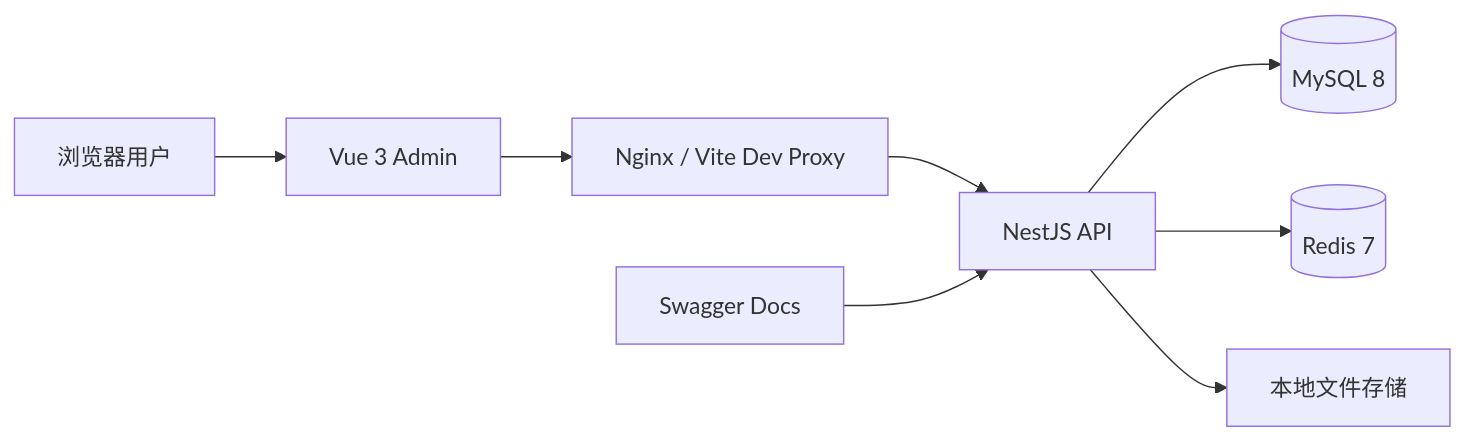
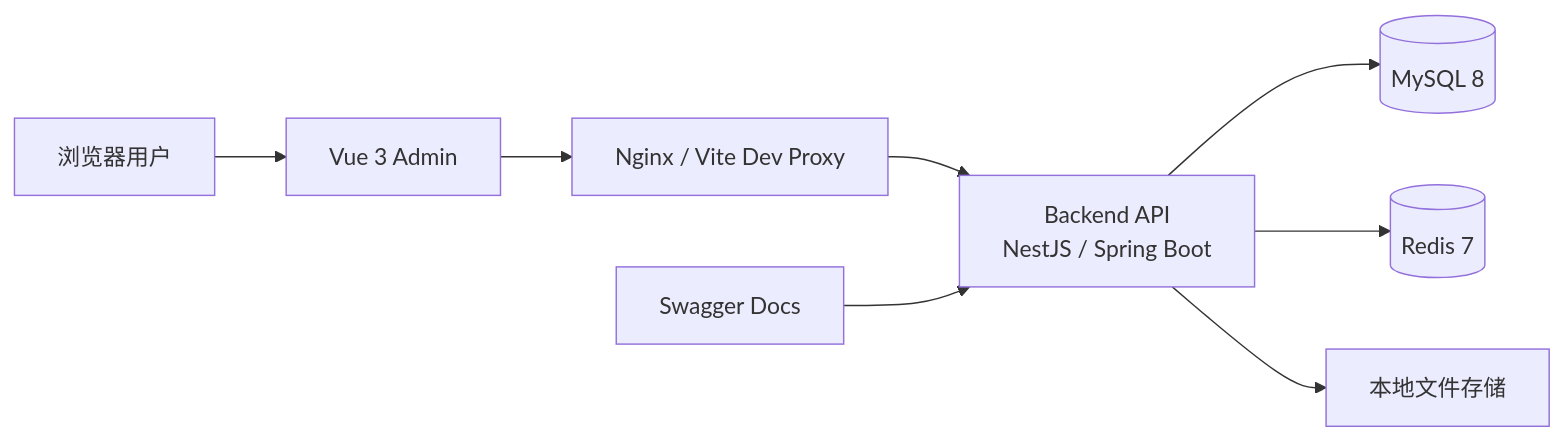
Before and after one commit to Liu-code3/luckyColor-docs: the first of 2 diagrams in architecture/overview.md, drawn with Mermaid. The commit also changed other lines of this file and 24 other files, not shown here.

Commit message:
文档站：补充 Spring Boot 与双后端说明

````diff
--- a/architecture/overview.md
+++ b/architecture/overview.md
@@ -9,19 +9,19 @@
 ```mermaid
 flowchart LR
     User[浏览器用户]
     Admin[Vue 3 Admin]
     Nginx[Nginx / Vite Dev Proxy]
-    Api[NestJS API]
+    Api[Backend API<br/>NestJS / Spring Boot]
     Mysql[(MySQL 8)]
     Redis[(Redis 7)]
     Storage[本地文件存储]
     Swagger[Swagger Docs]
 
     User --> Admin
     Admin --> Nginx
     Nginx --> Api
     Api --> Mysql
     Api --> Redis
     Api --> Storage
     Swagger --> Api
 ```
````
